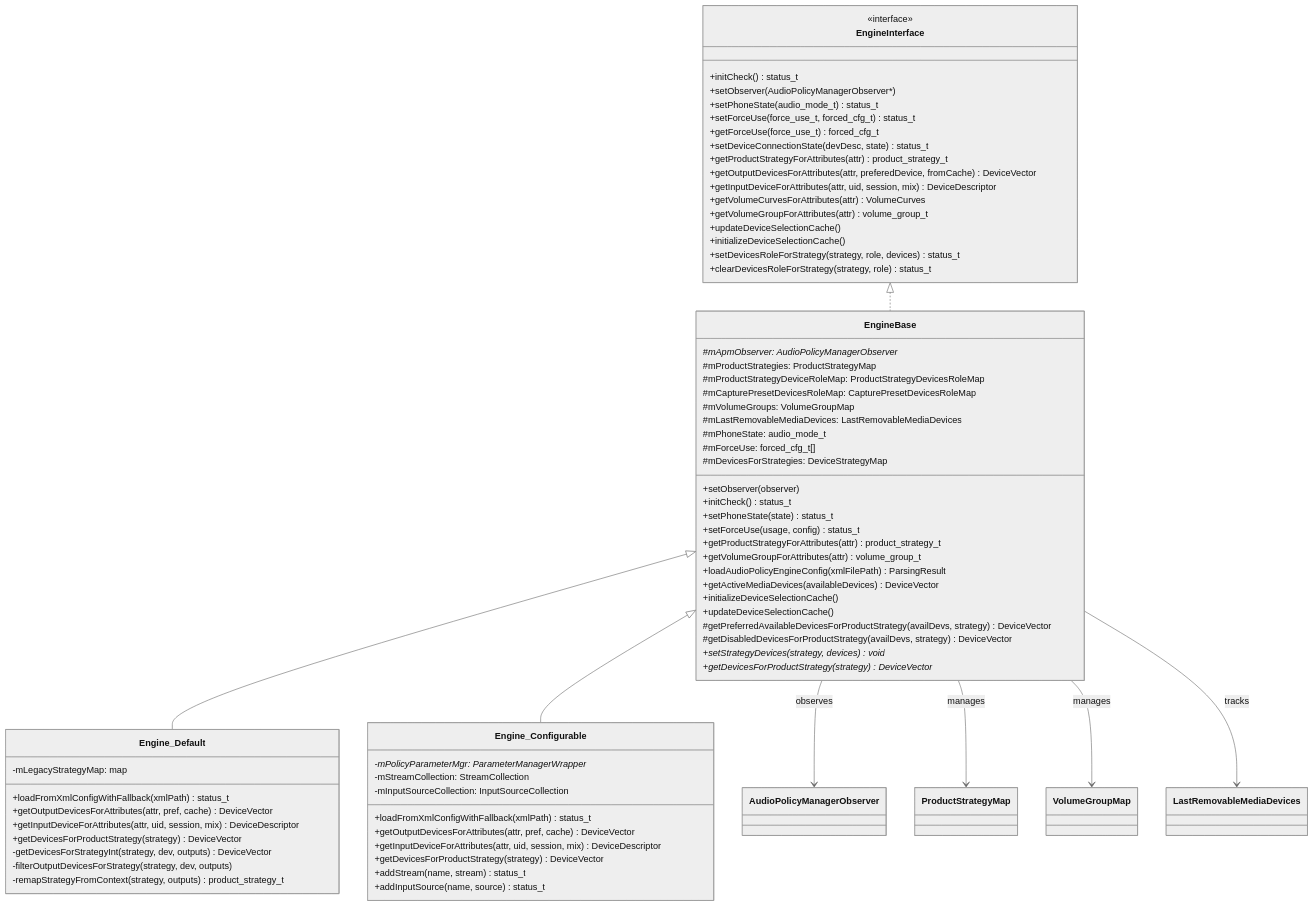
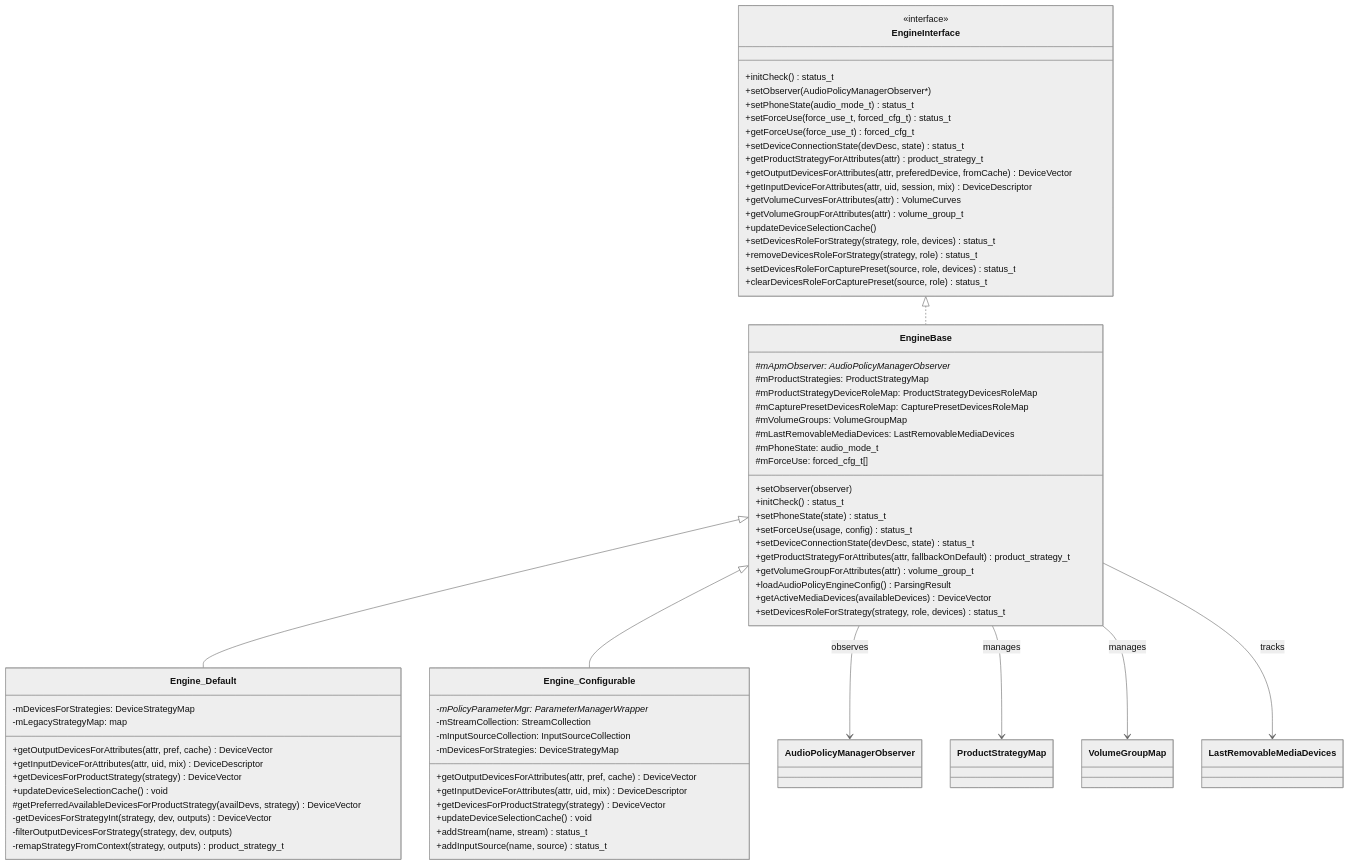
One commit to yanglinzhen1022/SA8295_AAOS_QNX_Audio_KnowledgeBase changed the first of 10 diagrams in 06_Audio_Policy_Engine/06_6.3_EngineBase-可插拔策略引擎.md. Above: the diagram before and after it, drawn with Mermaid (neutral theme). The commit also changed other lines of this file and 11 other files, not shown here.

````diff
--- a/06_Audio_Policy_Engine/06_6.3_EngineBase-可插拔策略引擎.md
+++ b/06_Audio_Policy_Engine/06_6.3_EngineBase-可插拔策略引擎.md
@@ -11,78 +11,77 @@
 ```mermaid
 classDiagram
     class EngineInterface {
         <<interface>>
         +initCheck() status_t
         +setObserver(AudioPolicyManagerObserver*)
         +setPhoneState(audio_mode_t) status_t
         +setForceUse(force_use_t, forced_cfg_t) status_t
         +getForceUse(force_use_t) forced_cfg_t
         +setDeviceConnectionState(devDesc, state) status_t
         +getProductStrategyForAttributes(attr) product_strategy_t
         +getOutputDevicesForAttributes(attr, preferedDevice, fromCache) DeviceVector
         +getInputDeviceForAttributes(attr, uid, session, mix) DeviceDescriptor
         +getVolumeCurvesForAttributes(attr) VolumeCurves
         +getVolumeGroupForAttributes(attr) volume_group_t
         +updateDeviceSelectionCache()
-        +initializeDeviceSelectionCache()
         +setDevicesRoleForStrategy(strategy, role, devices) status_t
-        +clearDevicesRoleForStrategy(strategy, role) status_t
+        +removeDevicesRoleForStrategy(strategy, role) status_t
+        +setDevicesRoleForCapturePreset(source, role, devices) status_t
+        +clearDevicesRoleForCapturePreset(source, role) status_t
     }
 
     class EngineBase {
         #mApmObserver: AudioPolicyManagerObserver*
         #mProductStrategies: ProductStrategyMap
         #mProductStrategyDeviceRoleMap: ProductStrategyDevicesRoleMap
         #mCapturePresetDevicesRoleMap: CapturePresetDevicesRoleMap
         #mVolumeGroups: VolumeGroupMap
         #mLastRemovableMediaDevices: LastRemovableMediaDevices
         #mPhoneState: audio_mode_t
         #mForceUse: forced_cfg_t[]
-        #mDevicesForStrategies: DeviceStrategyMap
         +setObserver(observer)
         +initCheck() status_t
         +setPhoneState(state) status_t
         +setForceUse(usage, config) status_t
-        +getProductStrategyForAttributes(attr) product_strategy_t
+        +setDeviceConnectionState(devDesc, state) status_t
+        +getProductStrategyForAttributes(attr, fallbackOnDefault) product_strategy_t
         +getVolumeGroupForAttributes(attr) volume_group_t
-        +loadAudioPolicyEngineConfig(xmlFilePath) ParsingResult
+        +loadAudioPolicyEngineConfig() ParsingResult
         +getActiveMediaDevices(availableDevices) DeviceVector
-        +initializeDeviceSelectionCache()
-        +updateDeviceSelectionCache()
-        #getPreferredAvailableDevicesForProductStrategy(availDevs, strategy) DeviceVector
-        #getDisabledDevicesForProductStrategy(availDevs, strategy) DeviceVector
-        +setStrategyDevices(strategy, devices)* void
-        +getDevicesForProductStrategy(strategy)* DeviceVector
+        +setDevicesRoleForStrategy(strategy, role, devices) status_t
     }
 
     class Engine_Default {
+        -mDevicesForStrategies: DeviceStrategyMap
         -mLegacyStrategyMap: map
-        +loadFromXmlConfigWithFallback(xmlPath) status_t
         +getOutputDevicesForAttributes(attr, pref, cache) DeviceVector
-        +getInputDeviceForAttributes(attr, uid, session, mix) DeviceDescriptor
+        +getInputDeviceForAttributes(attr, uid, mix) DeviceDescriptor
         +getDevicesForProductStrategy(strategy) DeviceVector
+        +updateDeviceSelectionCache() void
+        #getPreferredAvailableDevicesForProductStrategy(availDevs, strategy) DeviceVector
         -getDevicesForStrategyInt(strategy, dev, outputs) DeviceVector
         -filterOutputDevicesForStrategy(strategy, dev, outputs)
         -remapStrategyFromContext(strategy, outputs) product_strategy_t
     }
 
     class Engine_Configurable {
         -mPolicyParameterMgr: ParameterManagerWrapper*
         -mStreamCollection: StreamCollection
         -mInputSourceCollection: InputSourceCollection
-        +loadFromXmlConfigWithFallback(xmlPath) status_t
+        -mDevicesForStrategies: DeviceStrategyMap
         +getOutputDevicesForAttributes(attr, pref, cache) DeviceVector
-        +getInputDeviceForAttributes(attr, uid, session, mix) DeviceDescriptor
+        +getInputDeviceForAttributes(attr, uid, mix) DeviceDescriptor
         +getDevicesForProductStrategy(strategy) DeviceVector
+        +updateDeviceSelectionCache() void
         +addStream(name, stream) status_t
         +addInputSource(name, source) status_t
     }
 
     EngineInterface <|.. EngineBase
     EngineBase <|-- Engine_Default
     EngineBase <|-- Engine_Configurable
     EngineBase --> AudioPolicyManagerObserver : observes
     EngineBase --> ProductStrategyMap : manages
     EngineBase --> VolumeGroupMap : manages
     EngineBase --> LastRemovableMediaDevices : tracks
 ```
````
